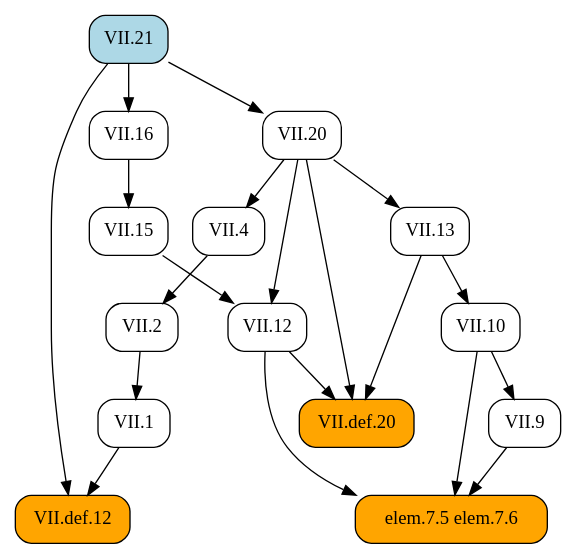
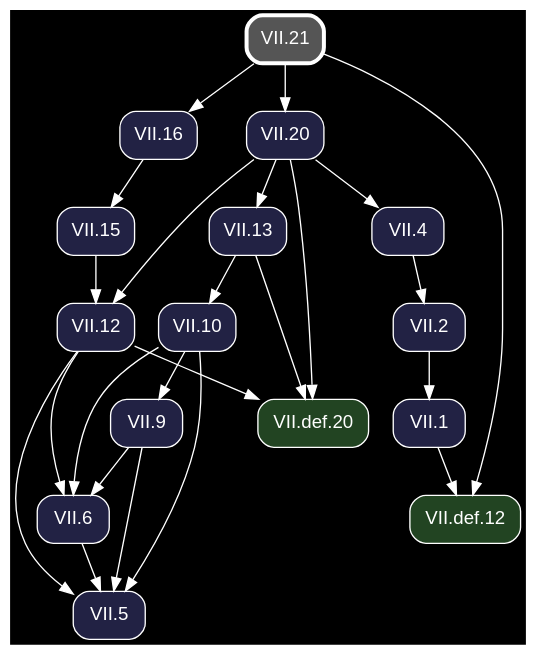
The diagram in docsrc/heath/VII/21/index.rst (geometor/elements), drawn with Graphviz before and after one commit. The commit also changed other lines of this file and 1200 other files, not shown here.

Commit message:
update dependency graphs

```diff
--- a/docsrc/heath/VII/21/index.rst
+++ b/docsrc/heath/VII/21/index.rst
@@ -44,39 +44,46 @@
 .. graphviz::
 
    digraph {
+     bgcolor="black";
+     node [shape=box, style="rounded,filled", fontname="Helvetica", color="white", fontcolor="white"];
+     edge [color="white", fontcolor="white"];
      rankdir="TB";
-     node [shape=box, style=rounded];
-     "VII.13" [URL="/heath/VII/13/", target="_top"];
-     "VII.12" [URL="/heath/VII/12/", target="_top"];
-     "VII.4" [URL="/heath/VII/4/", target="_top"];
-     "VII.def.12" [style="rounded,filled", fillcolor=orange, URL="/heath/VII/def.12/", target="_top"];
-     "elem.7.5 elem.7.6" [style="rounded,filled", fillcolor=orange];
-     "VII.9" [URL="/heath/VII/9/", target="_top"];
-     "VII.1" [URL="/heath/VII/1/", target="_top"];
-     "VII.16" [URL="/heath/VII/16/", target="_top"];
-     "VII.21" [style="rounded,filled", fillcolor=lightblue, URL="/heath/VII/21/", target="_top"];
-     "VII.20" [URL="/heath/VII/20/", target="_top"];
-     "VII.2" [URL="/heath/VII/2/", target="_top"];
-     "VII.def.20" [style="rounded,filled", fillcolor=orange, URL="/heath/VII/def.20/", target="_top"];
-     "VII.15" [URL="/heath/VII/15/", target="_top"];
-     "VII.10" [URL="/heath/VII/10/", target="_top"];
+     "VII.13" [fillcolor="#222244", URL="/heath/VII/13/", target="_top"];
+     "VII.10" [fillcolor="#222244", URL="/heath/VII/10/", target="_top"];
+     "VII.20" [fillcolor="#222244", URL="/heath/VII/20/", target="_top"];
+     "VII.1" [fillcolor="#222244", URL="/heath/VII/1/", target="_top"];
+     "VII.4" [fillcolor="#222244", URL="/heath/VII/4/", target="_top"];
+     "VII.2" [fillcolor="#222244", URL="/heath/VII/2/", target="_top"];
+     "VII.def.12" [fillcolor="#224422", URL="/heath/VII/def.12/", target="_top"];
+     "VII.5" [fillcolor="#222244", URL="/heath/VII/5/", target="_top"];
+     "VII.def.20" [fillcolor="#224422", URL="/heath/VII/def.20/", target="_top"];
+     "VII.9" [fillcolor="#222244", URL="/heath/VII/9/", target="_top"];
+     "VII.21" [penwidth=3, color="white", fillcolor="#555555", URL="/heath/VII/21/", target="_top"];
+     "VII.12" [fillcolor="#222244", URL="/heath/VII/12/", target="_top"];
+     "VII.6" [fillcolor="#222244", URL="/heath/VII/6/", target="_top"];
+     "VII.16" [fillcolor="#222244", URL="/heath/VII/16/", target="_top"];
+     "VII.15" [fillcolor="#222244", URL="/heath/VII/15/", target="_top"];
      "VII.20" -> "VII.13";
-     "VII.15" -> "VII.12";
-     "VII.20" -> "VII.12";
+     "VII.13" -> "VII.10";
+     "VII.21" -> "VII.20";
+     "VII.2" -> "VII.1";
      "VII.20" -> "VII.4";
+     "VII.4" -> "VII.2";
      "VII.1" -> "VII.def.12";
      "VII.21" -> "VII.def.12";
-     "VII.9" -> "elem.7.5 elem.7.6";
-     "VII.10" -> "elem.7.5 elem.7.6";
-     "VII.12" -> "elem.7.5 elem.7.6";
-     "VII.10" -> "VII.9";
-     "VII.2" -> "VII.1";
-     "VII.21" -> "VII.16";
-     "VII.21" -> "VII.20";
-     "VII.4" -> "VII.2";
+     "VII.6" -> "VII.5";
+     "VII.9" -> "VII.5";
+     "VII.10" -> "VII.5";
+     "VII.12" -> "VII.5";
      "VII.12" -> "VII.def.20";
      "VII.13" -> "VII.def.20";
      "VII.20" -> "VII.def.20";
+     "VII.10" -> "VII.9";
+     "VII.15" -> "VII.12";
+     "VII.20" -> "VII.12";
+     "VII.9" -> "VII.6";
+     "VII.10" -> "VII.6";
+     "VII.12" -> "VII.6";
+     "VII.21" -> "VII.16";
      "VII.16" -> "VII.15";
-     "VII.13" -> "VII.10";
    }
```
